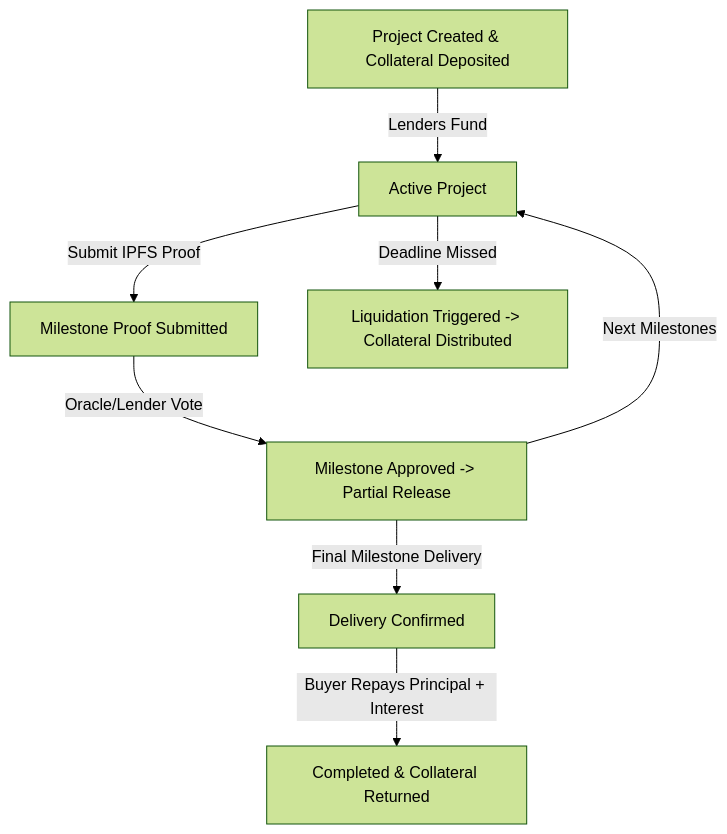
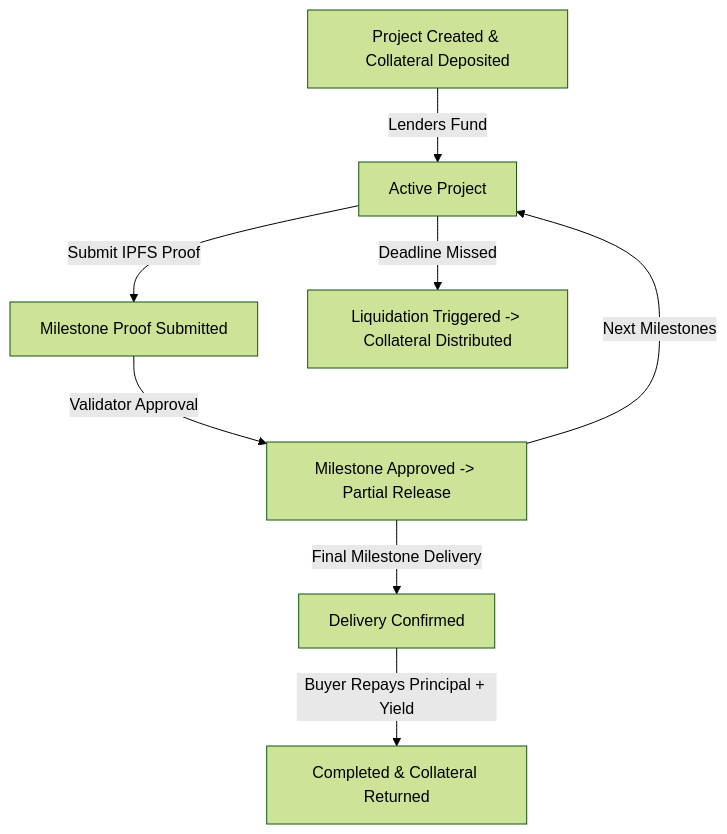
One commit to deniznizam/stellarforge-supplychain changed the diagram in docs/superpowers/specs/2026-06-30-stellarforge-design.md. Above: the diagram before and after it, drawn with Mermaid (forest theme). The commit also changed other lines of this file, not shown here.

Commit message:
docs(spec): write detailed architectural spec for StellarForge SCF protocol

````diff
--- a/docs/superpowers/specs/2026-06-30-stellarforge-design.md
+++ b/docs/superpowers/specs/2026-06-30-stellarforge-design.md
@@ -115,10 +115,10 @@
 ```mermaid
 graph TD
     Pending[Project Created & Collateral Deposited] -->|Lenders Fund| Active[Active Project]
     Active -->|Submit IPFS Proof| ProofSubmitted[Milestone Proof Submitted]
-    ProofSubmitted -->|Oracle/Lender Vote| Approved[Milestone Approved -> Partial Release]
+    ProofSubmitted -->|Validator Approval| Approved[Milestone Approved -> Partial Release]
     Approved -->|Next Milestones| Active
     Approved -->|Final Milestone Delivery| DeliveryConfirmed[Delivery Confirmed]
-    DeliveryConfirmed -->|Buyer Repays Principal + Interest| Completed[Completed & Collateral Returned]
+    DeliveryConfirmed -->|Buyer Repays Principal + Yield| Completed[Completed & Collateral Returned]
     Active -->|Deadline Missed| Liquidated[Liquidation Triggered -> Collateral Distributed]
 ```
````
